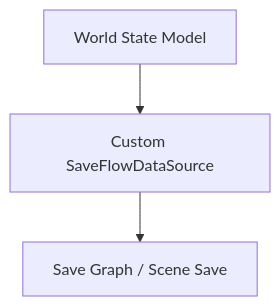
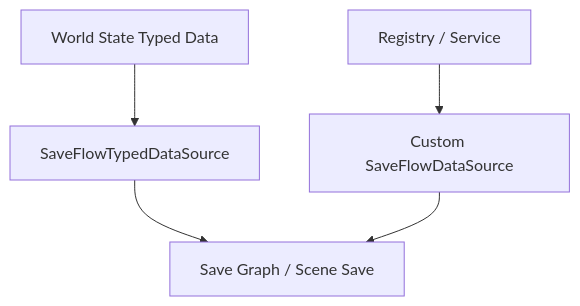
Before and after one commit to Zoroiscrying/saveflow-lite: the third of 6 diagrams in addons/saveflow_lite/docs/saveflow-concept-map.md, drawn with Mermaid. The commit also changed other lines of this file and 82 other files, not shown here.

````diff
--- a/addons/saveflow_lite/docs/saveflow-concept-map.md
+++ b/addons/saveflow_lite/docs/saveflow-concept-map.md
@@ -37,5 +39,7 @@
 ```mermaid
 flowchart TD
-    A["World State Model"] --> B["Custom SaveFlowDataSource"]
-    B --> C["Save Graph / Scene Save"]
+    A["World State Typed Data"] --> B["SaveFlowTypedDataSource"]
+    C["Registry / Service"] --> D["Custom SaveFlowDataSource"]
+    B --> E["Save Graph / Scene Save"]
+    D --> E
 ```
````
